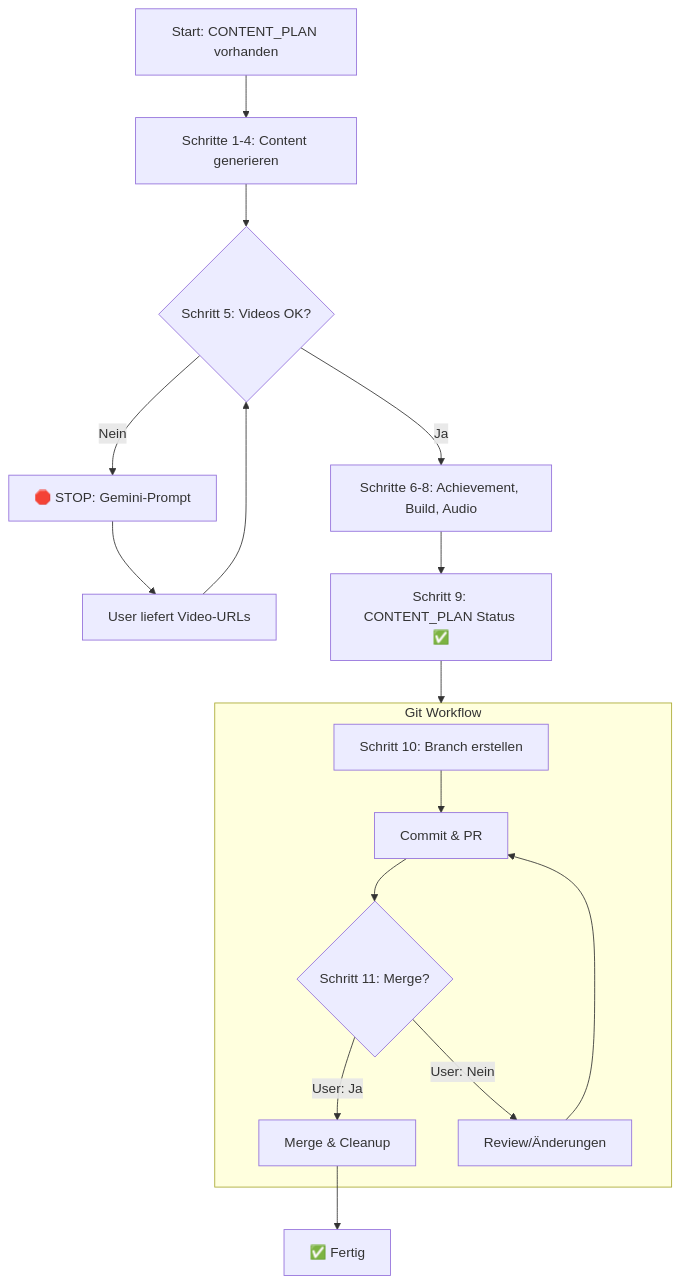
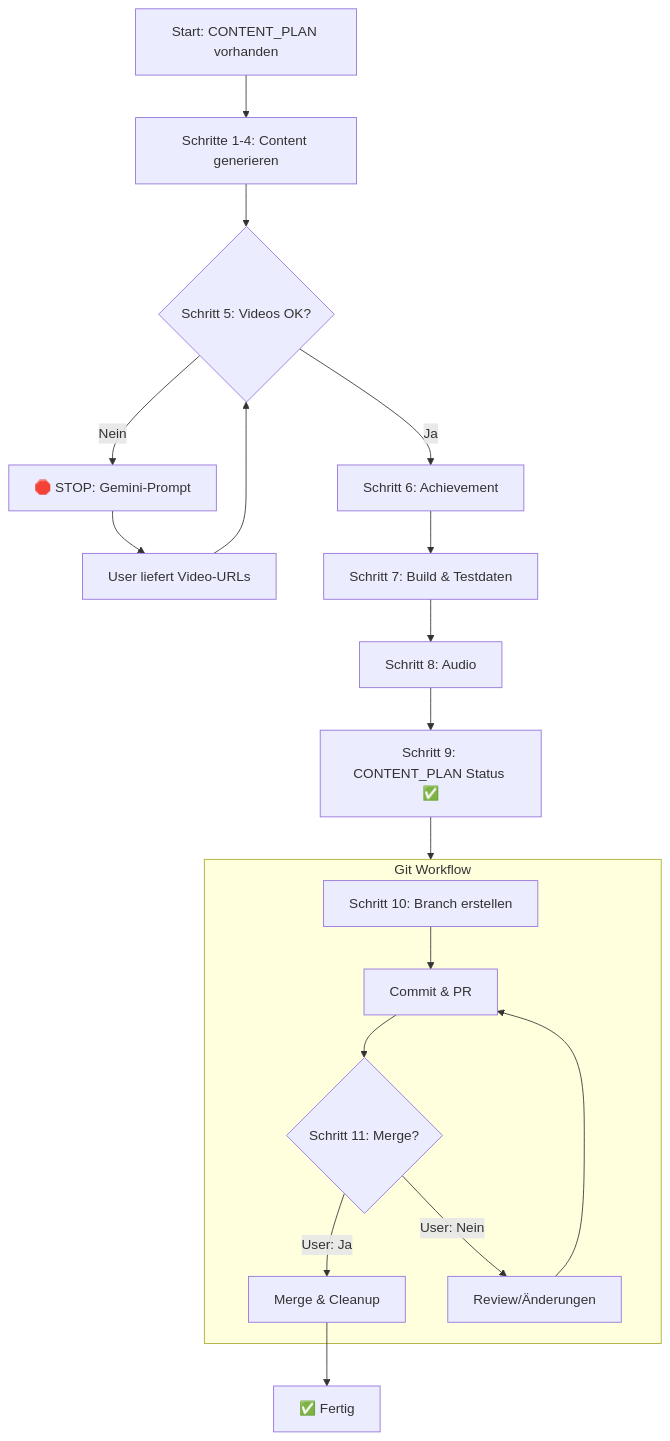
One commit to rrust/ew-bachelor changed the diagram in .github/copilot/content-generation.md. Above: the diagram before and after it, drawn with Mermaid. The commit also changed other lines of this file and 1 other file, not shown here.

Commit message:
docs: make testdata step visible in mermaid diagrams

````diff
--- a/.github/copilot/content-generation.md
+++ b/.github/copilot/content-generation.md
@@ -32,22 +32,24 @@
 ```mermaid
 flowchart TD
     A[Start: CONTENT_PLAN vorhanden] --> B[Schritte 1-4: Content generieren]
     B --> C{Schritt 5: Videos OK?}
-    C -->|Ja| D[Schritte 6-8: Achievement, Build, Audio]
+    C -->|Ja| D[Schritt 6: Achievement]
     C -->|Nein| E[🛑 STOP: Gemini-Prompt]
     E --> E2[User liefert Video-URLs]
     E2 --> C
-    D --> F[Schritt 9: CONTENT_PLAN Status ✅]
+    D --> D2[Schritt 7: Build & Testdaten]
+    D2 --> D3[Schritt 8: Audio]
+    D3 --> F[Schritt 9: CONTENT_PLAN Status ✅]
     
     subgraph Git["Git Workflow"]
         G[Schritt 10: Branch erstellen]
         G --> H[Commit & PR]
         H --> I{Schritt 11: Merge?}
         I -->|User: Ja| J[Merge & Cleanup]
         I -->|User: Nein| K[Review/Änderungen]
         K --> H
     end
     
     F --> Git
     J --> L[✅ Fertig]
 ```
````
